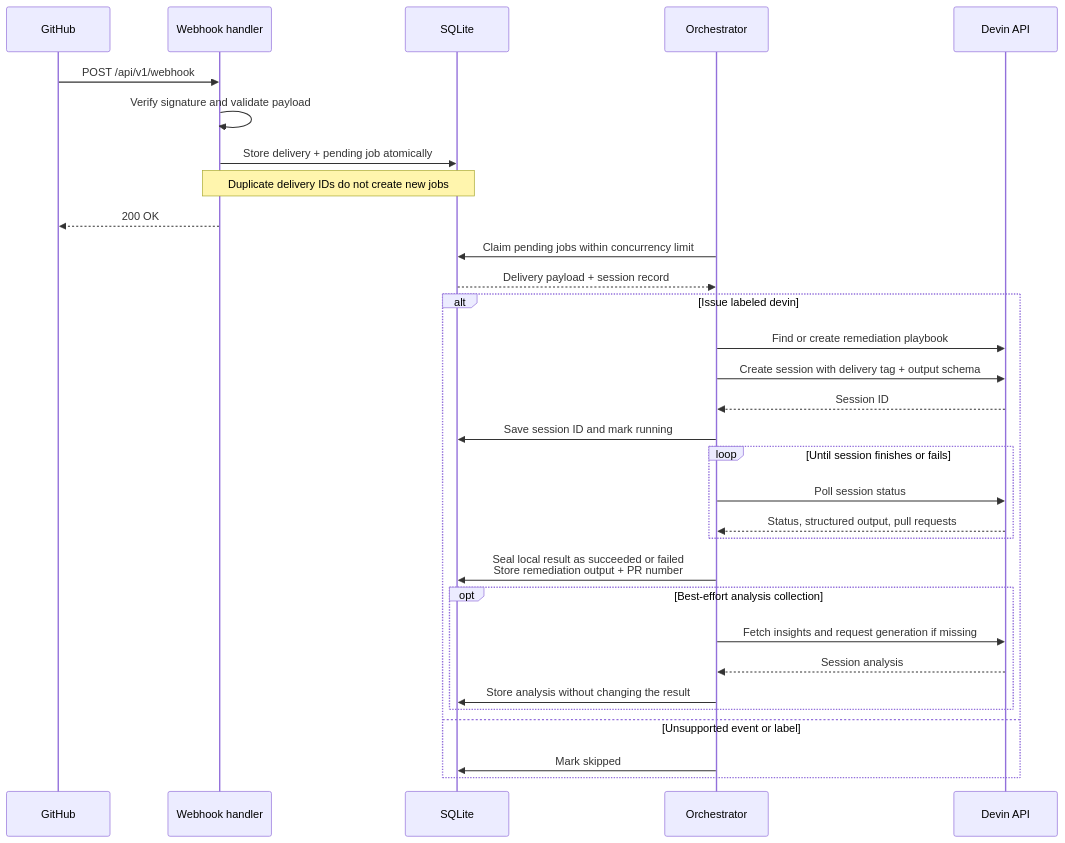
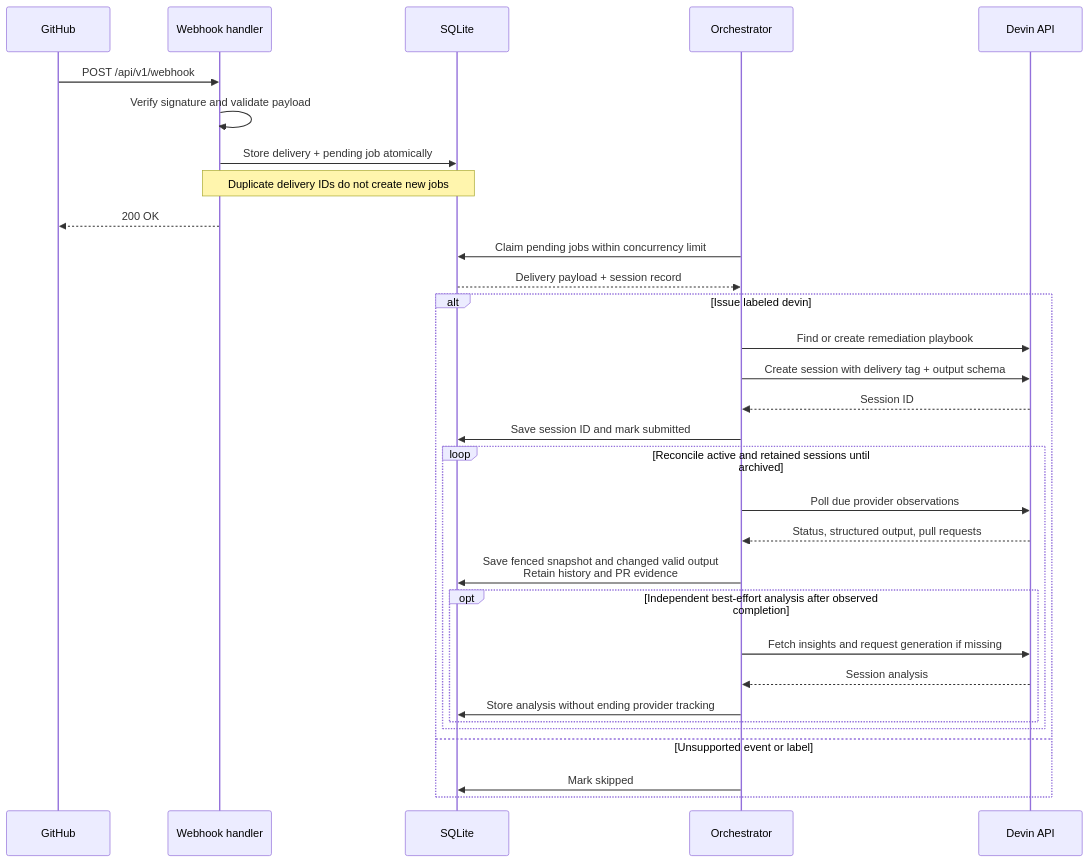
One commit to chw-cog/devin-remediator changed the diagram in README.md. Above: the diagram before and after it, drawn with Mermaid. The commit also changed other lines of this file and 24 other files, not shown here.

First line of the commit message:
Track Devin session lifecycle independently from remediation outcomes

````diff
--- a/README.md
+++ b/README.md
@@ -60,35 +60,35 @@
 ```mermaid
 sequenceDiagram
 	participant GitHub
 	participant API as Webhook handler
 	participant DB as SQLite
 	participant Worker as Orchestrator
 	participant Devin as Devin API
 
 	GitHub->>API: POST /api/v1/webhook
 	API->>API: Verify signature and validate payload
 	API->>DB: Store delivery + pending job atomically
 	Note over API,DB: Duplicate delivery IDs do not create new jobs
 	API-->>GitHub: 200 OK
 
 	Worker->>DB: Claim pending jobs within concurrency limit
 	DB-->>Worker: Delivery payload + session record
 	alt Issue labeled devin
 		Worker->>Devin: Find or create remediation playbook
 		Worker->>Devin: Create session with delivery tag + output schema
 		Devin-->>Worker: Session ID
-		Worker->>DB: Save session ID and mark running
-		loop Until session finishes or fails
-			Worker->>Devin: Poll session status
+		Worker->>DB: Save session ID and mark submitted
+		loop Reconcile active and retained sessions until archived
+			Worker->>Devin: Poll due provider observations
 			Devin-->>Worker: Status, structured output, pull requests
-		end
-		Worker->>DB: Seal local result as succeeded or failed<br/>Store remediation output + PR number
-		opt Best-effort analysis collection
-			Worker->>Devin: Fetch insights and request generation if missing
-			Devin-->>Worker: Session analysis
-			Worker->>DB: Store analysis without changing the result
+			Worker->>DB: Save fenced snapshot and changed valid output<br/>Retain history and PR evidence
+			opt Independent best-effort analysis after observed completion
+				Worker->>Devin: Fetch insights and request generation if missing
+				Devin-->>Worker: Session analysis
+				Worker->>DB: Store analysis without ending provider tracking
+			end
 		end
 	else Unsupported event or label
 		Worker->>DB: Mark skipped
 	end
 ```
````
